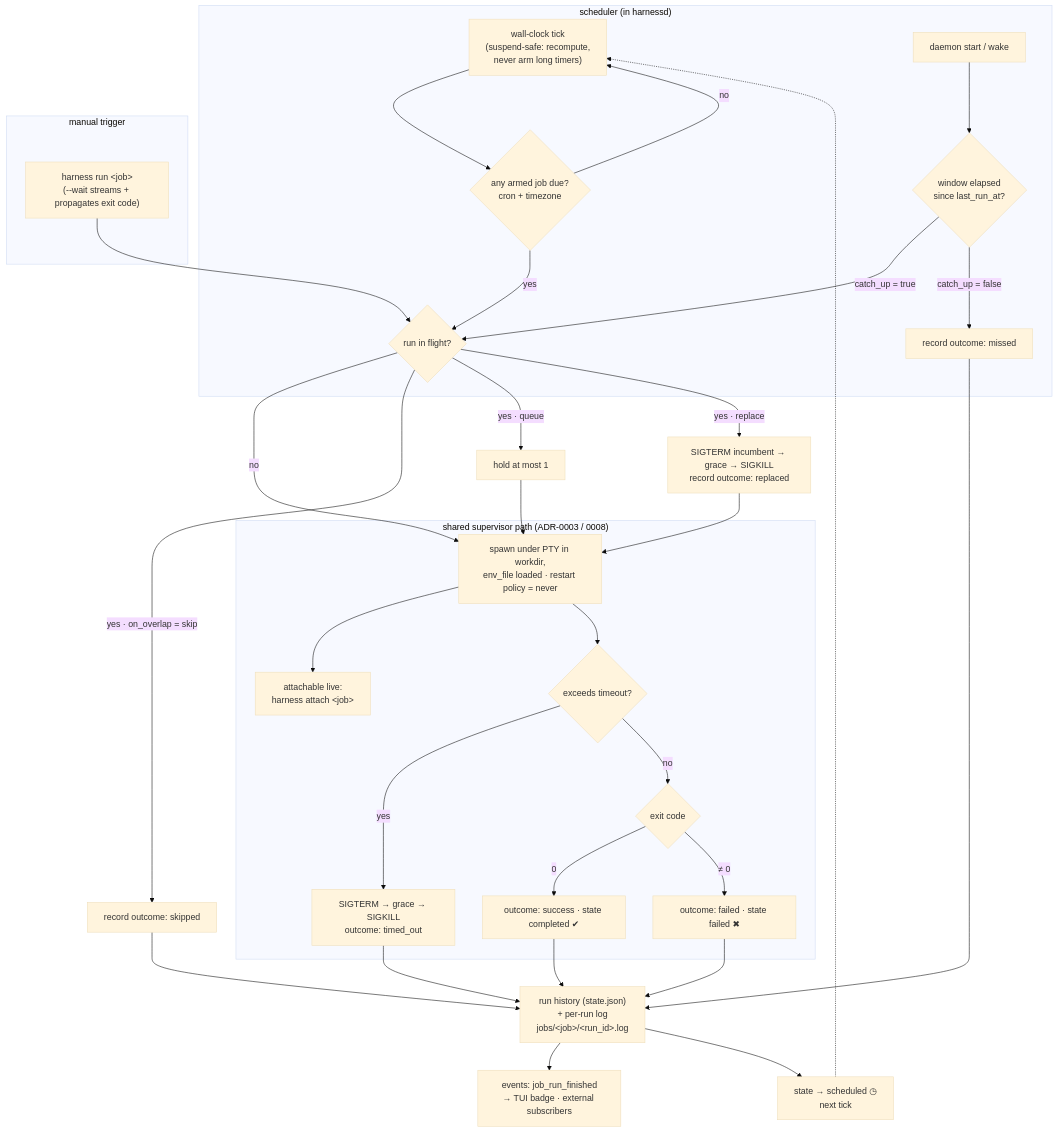
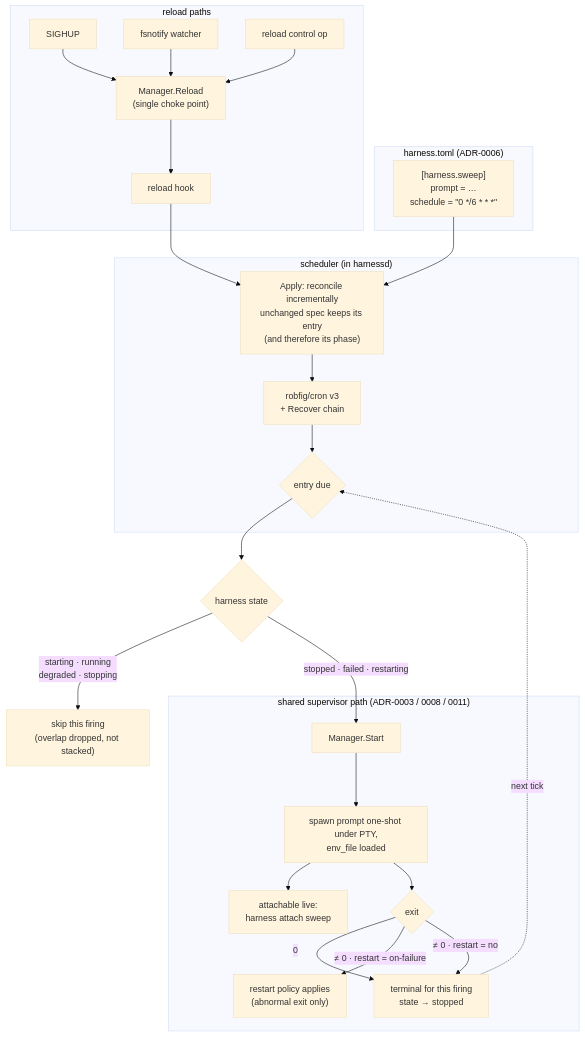
The diagram in docs/adrs/adr-0013-scheduled-one-shot-jobs.md (stump-wtf/harness), drawn with Mermaid (base theme) before and after one commit. The commit also changed other lines of this file and 7 other files, not shown here.

````diff
--- a/docs/adrs/adr-0013-scheduled-one-shot-jobs.md
+++ b/docs/adrs/adr-0013-scheduled-one-shot-jobs.md
@@ -456,42 +380,37 @@
 ```mermaid
 flowchart TD
-    subgraph clock["scheduler (in harnessd)"]
-        T["wall-clock tick<br/>(suspend-safe: recompute,<br/>never arm long timers)"] --> D{"any armed job due?<br/>cron + timezone"}
-        D -->|no| T
-        B["daemon start / wake"] --> M{"window elapsed<br/>since last_run_at?"}
-        M -->|"catch_up = true"| FIRE
-        M -->|"catch_up = false"| MISS["record outcome: missed"]
+    subgraph cfg["harness.toml (ADR-0006)"]
+        C["[harness.sweep]<br/>prompt = …<br/>schedule = &quot;0 */6 * * *&quot;"]
     end
 
-    subgraph trigger["manual trigger"]
-        R["harness run &lt;job&gt;<br/>(--wait streams + propagates exit code)"]
+    subgraph reload["reload paths"]
+        SIG["SIGHUP"] --> RL
+        WATCH["fsnotify watcher"] --> RL
+        OP["reload control op"] --> RL
+        RL["Manager.Reload<br/>(single choke point)"] --> HOOK["reload hook"]
     end
 
-    D -->|yes| FIRE{"run in flight?"}
-    R --> FIRE
+    C --> APPLY
+    HOOK --> APPLY
 
-    FIRE -->|no| SPAWN
-    FIRE -->|"yes · on_overlap = skip"| SKIP["record outcome: skipped"]
-    FIRE -->|"yes · queue"| Q["hold at most 1"] --> SPAWN
-    FIRE -->|"yes · replace"| K["SIGTERM incumbent → grace → SIGKILL<br/>record outcome: replaced"] --> SPAWN
-
-    subgraph exec["shared supervisor path (ADR-0003 / 0008)"]
-        SPAWN["spawn under PTY in workdir,<br/>env_file loaded · restart policy = never"]
-        SPAWN --> ATT["attachable live:<br/>harness attach &lt;job&gt;"]
-        SPAWN --> TO{"exceeds timeout?"}
-        TO -->|yes| KILL["SIGTERM → grace → SIGKILL<br/>outcome: timed_out"]
-        TO -->|no| EXIT{"exit code"}
-        EXIT -->|0| OK["outcome: success · state completed ✔"]
-        EXIT -->|"≠ 0"| BAD["outcome: failed · state failed ✖"]
+    subgraph sched["scheduler (in harnessd)"]
+        APPLY["Apply: reconcile incrementally<br/>unchanged spec keeps its entry<br/>(and therefore its phase)"]
+        APPLY --> CRON["robfig/cron v3<br/>+ Recover chain"]
+        CRON --> TICK{"entry due"}
     end
 
-    OK --> H
-    BAD --> H
-    KILL --> H
-    SKIP --> H
-    MISS --> H
+    TICK --> GUARD{"harness state"}
+    GUARD -->|"starting · running<br/>degraded · stopping"| SKIP["skip this firing<br/>(overlap dropped, not stacked)"]
+    GUARD -->|"stopped · failed · restarting"| START["Manager.Start"]
 
-    H["run history (state.json)<br/>+ per-run log<br/>jobs/&lt;job&gt;/&lt;run_id&gt;.log"] --> EV["events: job_run_finished<br/>→ TUI badge · external subscribers"]
-    H --> SCHED["state → scheduled ◷<br/>next tick"]
-    SCHED -.-> T
+    subgraph exec["shared supervisor path (ADR-0003 / 0008 / 0011)"]
+        START --> SPAWN["spawn prompt one-shot under PTY,<br/>env_file loaded"]
+        SPAWN --> ATT["attachable live:<br/>harness attach sweep"]
+        SPAWN --> EXIT{"exit"}
+        EXIT -->|"0"| DONE["terminal for this firing<br/>state → stopped"]
+        EXIT -->|"≠ 0 · restart = on-failure"| RETRY["restart policy applies<br/>(abnormal exit only)"]
+        EXIT -->|"≠ 0 · restart = no"| DONE
+    end
+
+    DONE -.->|"next tick"| TICK
 ```
````
